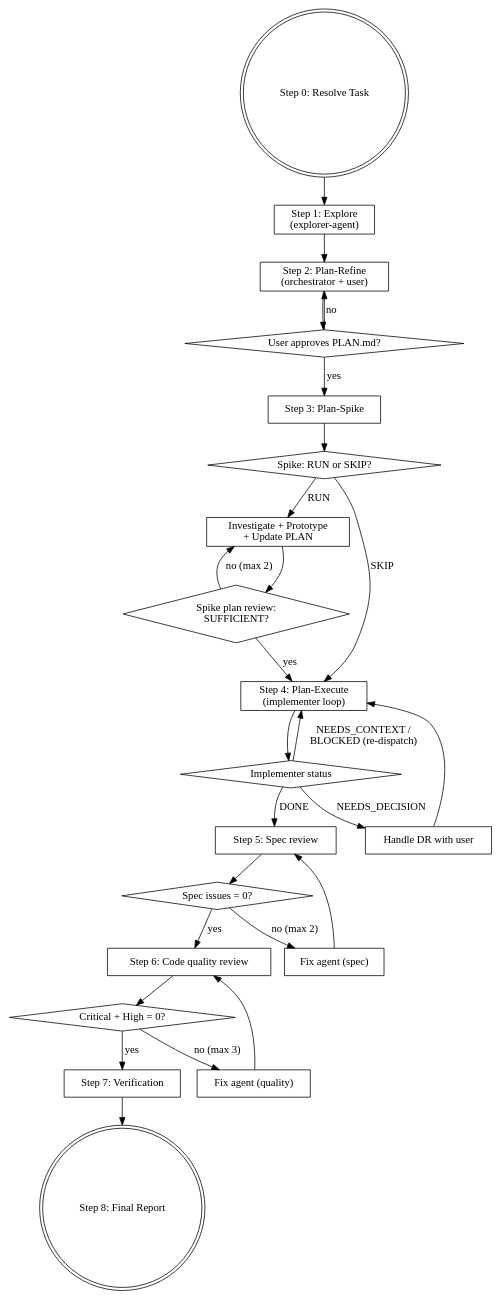
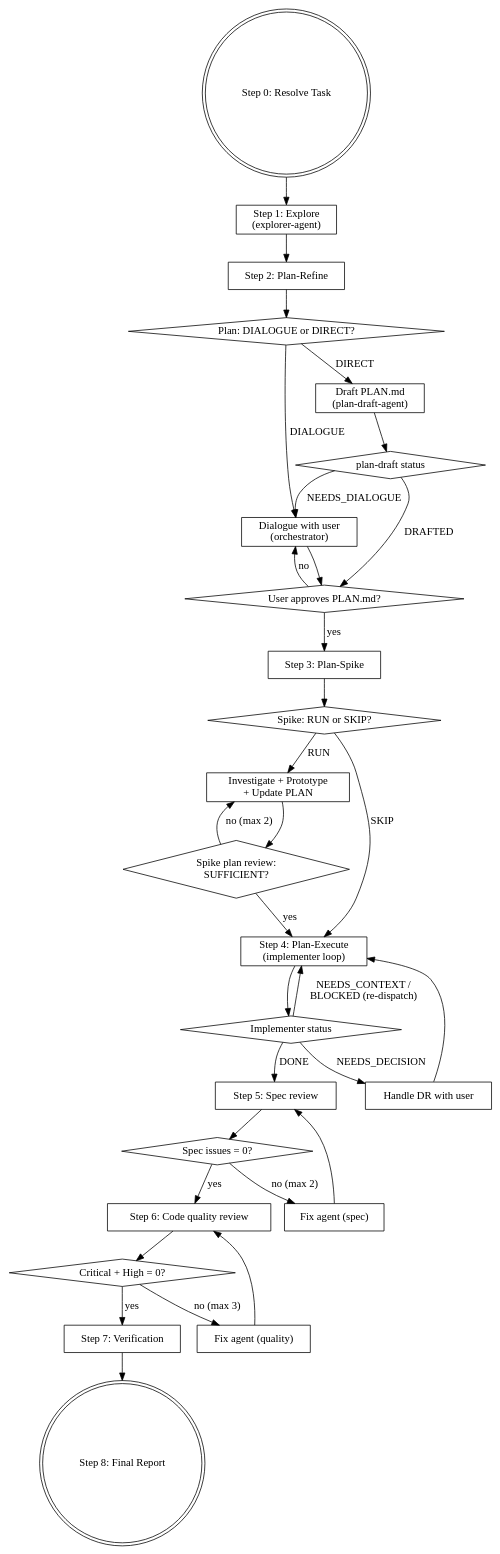
One commit to matsuyoshi30/dotfiles changed the diagram in .agents/skills/devflow/SKILL.md. Above: the diagram before and after it, drawn with Graphviz. The commit also changed other lines of this file and 1 other file, not shown here.

````diff
--- a/.agents/skills/devflow/SKILL.md
+++ b/.agents/skills/devflow/SKILL.md
@@ -19,50 +19,60 @@
 ```dot
 digraph devflow {
     rankdir=TB;
     "Step 0: Resolve Task" [shape=doublecircle];
     "Step 1: Explore\n(explorer-agent)" [shape=box];
-    "Step 2: Plan-Refine\n(orchestrator + user)" [shape=box];
+    "Step 2: Plan-Refine" [shape=box];
+    "Plan: DIALOGUE or DIRECT?" [shape=diamond];
+    "Dialogue with user\n(orchestrator)" [shape=box];
+    "Draft PLAN.md\n(plan-draft-agent)" [shape=box];
+    "plan-draft status" [shape=diamond];
     "User approves PLAN.md?" [shape=diamond];
     "Step 3: Plan-Spike" [shape=box];
     "Spike: RUN or SKIP?" [shape=diamond];
     "Investigate + Prototype\n+ Update PLAN" [shape=box];
     "Spike plan review:\nSUFFICIENT?" [shape=diamond];
     "Step 4: Plan-Execute\n(implementer loop)" [shape=box];
     "Implementer status" [shape=diamond];
     "Handle DR with user" [shape=box];
     "Step 5: Spec review" [shape=box];
     "Spec issues = 0?" [shape=diamond];
     "Fix agent (spec)" [shape=box];
     "Step 6: Code quality review" [shape=box];
     "Critical + High = 0?" [shape=diamond];
     "Fix agent (quality)" [shape=box];
     "Step 7: Verification" [shape=box];
     "Step 8: Final Report" [shape=doublecircle];
 
     "Step 0: Resolve Task" -> "Step 1: Explore\n(explorer-agent)";
-    "Step 1: Explore\n(explorer-agent)" -> "Step 2: Plan-Refine\n(orchestrator + user)";
-    "Step 2: Plan-Refine\n(orchestrator + user)" -> "User approves PLAN.md?";
-    "User approves PLAN.md?" -> "Step 2: Plan-Refine\n(orchestrator + user)" [label="no"];
+    "Step 1: Explore\n(explorer-agent)" -> "Step 2: Plan-Refine";
+    "Step 2: Plan-Refine" -> "Plan: DIALOGUE or DIRECT?";
+    "Plan: DIALOGUE or DIRECT?" -> "Dialogue with user\n(orchestrator)" [label="DIALOGUE"];
+    "Plan: DIALOGUE or DIRECT?" -> "Draft PLAN.md\n(plan-draft-agent)" [label="DIRECT"];
+    "Dialogue with user\n(orchestrator)" -> "User approves PLAN.md?";
+    "Draft PLAN.md\n(plan-draft-agent)" -> "plan-draft status";
+    "plan-draft status" -> "User approves PLAN.md?" [label="DRAFTED"];
+    "plan-draft status" -> "Dialogue with user\n(orchestrator)" [label="NEEDS_DIALOGUE"];
+    "User approves PLAN.md?" -> "Dialogue with user\n(orchestrator)" [label="no"];
     "User approves PLAN.md?" -> "Step 3: Plan-Spike" [label="yes"];
     "Step 3: Plan-Spike" -> "Spike: RUN or SKIP?";
     "Spike: RUN or SKIP?" -> "Investigate + Prototype\n+ Update PLAN" [label="RUN"];
     "Spike: RUN or SKIP?" -> "Step 4: Plan-Execute\n(implementer loop)" [label="SKIP"];
     "Investigate + Prototype\n+ Update PLAN" -> "Spike plan review:\nSUFFICIENT?";
     "Spike plan review:\nSUFFICIENT?" -> "Investigate + Prototype\n+ Update PLAN" [label="no (max 2)"];
     "Spike plan review:\nSUFFICIENT?" -> "Step 4: Plan-Execute\n(implementer loop)" [label="yes"];
     "Step 4: Plan-Execute\n(implementer loop)" -> "Implementer status";
     "Implementer status" -> "Step 5: Spec review" [label="DONE"];
     "Implementer status" -> "Handle DR with user" [label="NEEDS_DECISION"];
     "Handle DR with user" -> "Step 4: Plan-Execute\n(implementer loop)";
     "Implementer status" -> "Step 4: Plan-Execute\n(implementer loop)" [label="NEEDS_CONTEXT /\nBLOCKED (re-dispatch)"];
     "Step 5: Spec review" -> "Spec issues = 0?";
     "Spec issues = 0?" -> "Fix agent (spec)" [label="no (max 2)"];
     "Fix agent (spec)" -> "Step 5: Spec review";
     "Spec issues = 0?" -> "Step 6: Code quality review" [label="yes"];
     "Step 6: Code quality review" -> "Critical + High = 0?";
     "Critical + High = 0?" -> "Fix agent (quality)" [label="no (max 3)"];
     "Fix agent (quality)" -> "Step 6: Code quality review";
     "Critical + High = 0?" -> "Step 7: Verification" [label="yes"];
     "Step 7: Verification" -> "Step 8: Final Report";
 }
 ```
````
